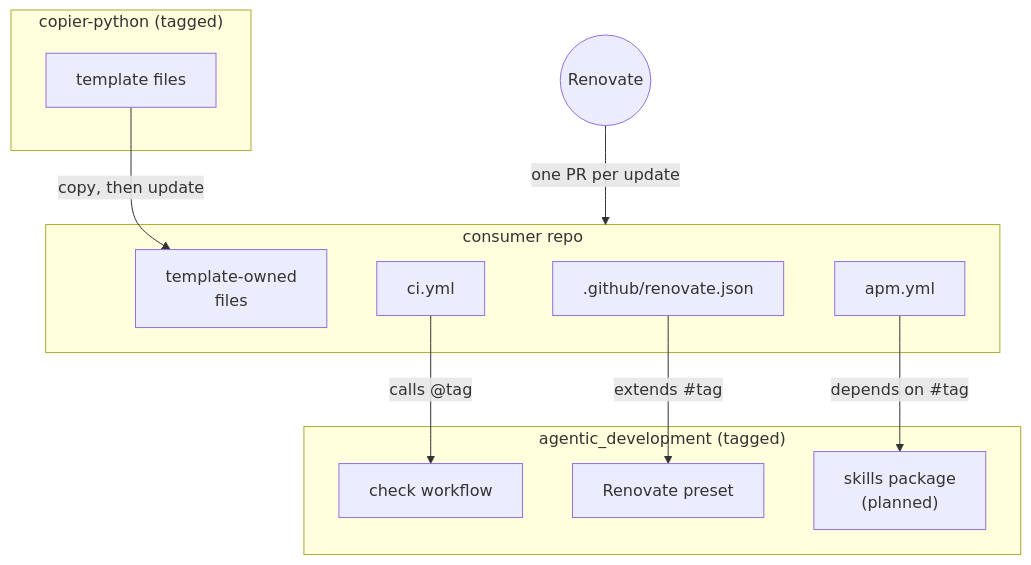
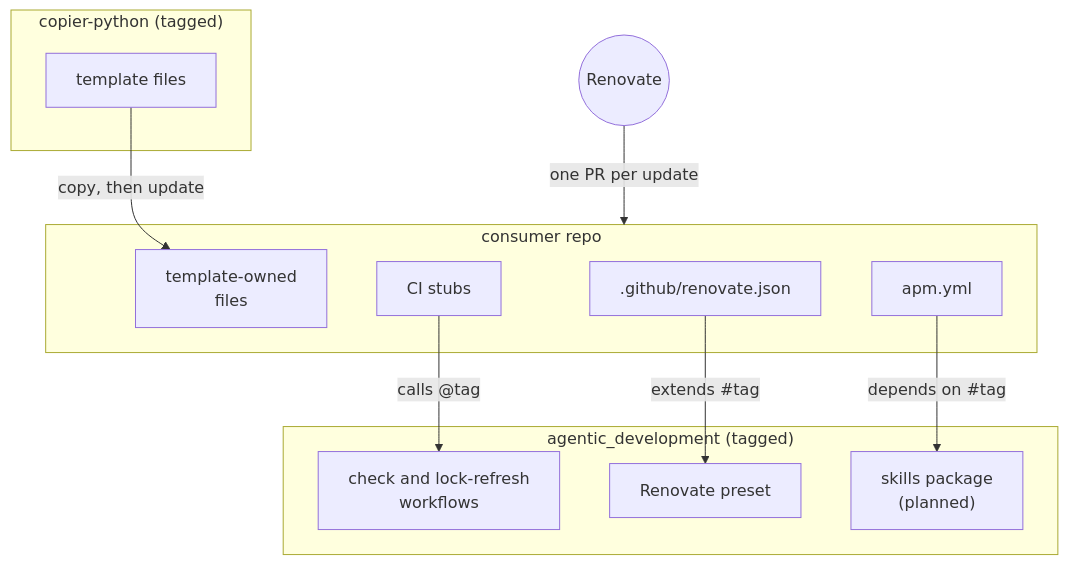
The diagram in docs/high-level-design.md (jmbowman/agentic_development), drawn with Mermaid before and after one commit. The commit also changed other lines of this file and 12 other files, not shown here.

First line of the commit message:
Add the lock-refresh workflow for committed mise lock files

````diff
--- a/docs/high-level-design.md
+++ b/docs/high-level-design.md
@@ -99,23 +100,23 @@
 ```mermaid
 flowchart TB
   subgraph AD["agentic_development (tagged)"]
-    WF["check workflow"]
+    WF["check and lock-refresh<br/>workflows"]
     PS["Renovate preset"]
     SK["skills package<br/>(planned)"]
   end
   subgraph CP["copier-python (tagged)"]
     T["template files"]
   end
   subgraph R["consumer repo"]
     CFG["template-owned<br/>files"]
-    STUB["ci.yml"]
+    STUB["CI stubs"]
     RJ[".github/renovate.json"]
     APM["apm.yml"]
   end
   RN(("Renovate"))
   T -->|"copy, then update"| CFG
   STUB -->|"calls @tag"| WF
   RJ -->|"extends #tag"| PS
   APM -->|"depends on #tag"| SK
   RN -->|"one PR per update"| R
 ```
````
